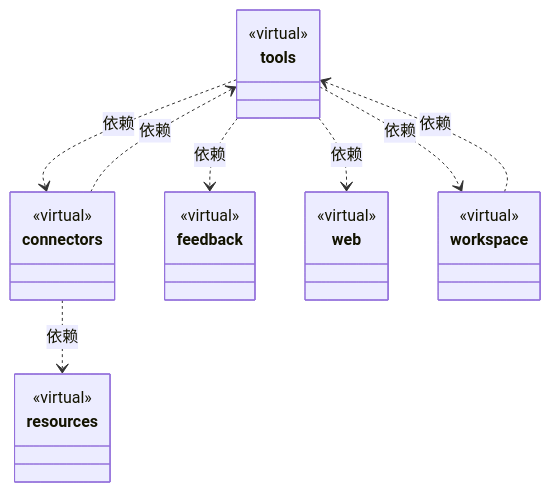
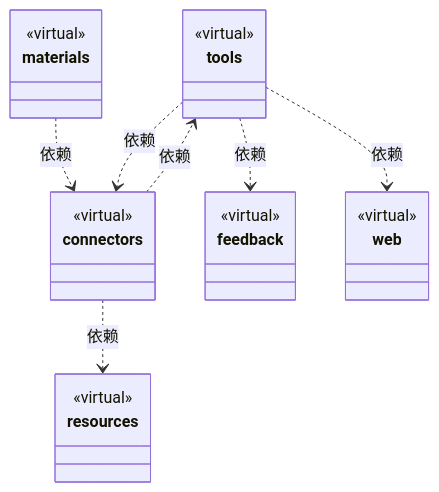
Before and after one commit to nan023062/cbim: the fourth of 5 diagrams in src/logic/ARCHITECTURE.md, drawn with Mermaid. The commit also changed other lines of this file and 212 other files, not shown here.

````diff
--- a/src/logic/ARCHITECTURE.md
+++ b/src/logic/ARCHITECTURE.md
@@ -150,34 +154,33 @@
 ```mermaid
 classDiagram
 class N_40cc50f98509["tools"] {
   <<virtual>>
 }
 click N_40cc50f98509 href "tools/ARCHITECTURE.md"
 class N_b734247ecb35["connectors"] {
   <<virtual>>
 }
 click N_b734247ecb35 href "connectors/ARCHITECTURE.md"
 class N_f3f055d56704["feedback"] {
   <<virtual>>
 }
 click N_f3f055d56704 href "feedback/ARCHITECTURE.md"
 class N_e99b7cd6e11b["web"] {
   <<virtual>>
 }
 click N_e99b7cd6e11b href "web/ARCHITECTURE.md"
-class N_2af216e0d482["workspace"] {
-  <<virtual>>
-}
-click N_2af216e0d482 href "workspace/ARCHITECTURE.md"
 class N_a3428236c4a1["resources"] {
   <<virtual>>
 }
 click N_a3428236c4a1 href "resources/ARCHITECTURE.md"
+class N_b4b0dd19dbdf["materials"] {
+  <<virtual>>
+}
+click N_b4b0dd19dbdf href "materials/ARCHITECTURE.md"
 N_b734247ecb35 ..> N_a3428236c4a1 : 依赖
 N_b734247ecb35 ..> N_40cc50f98509 : 依赖
+N_b4b0dd19dbdf ..> N_b734247ecb35 : 依赖
 N_40cc50f98509 ..> N_b734247ecb35 : 依赖
 N_40cc50f98509 ..> N_f3f055d56704 : 依赖
 N_40cc50f98509 ..> N_e99b7cd6e11b : 依赖
-N_40cc50f98509 ..> N_2af216e0d482 : 依赖
-N_2af216e0d482 ..> N_40cc50f98509 : 依赖
 ```
````
